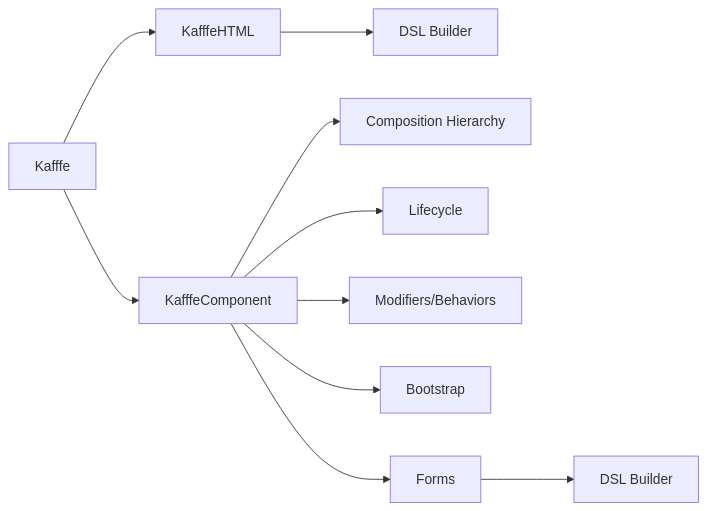
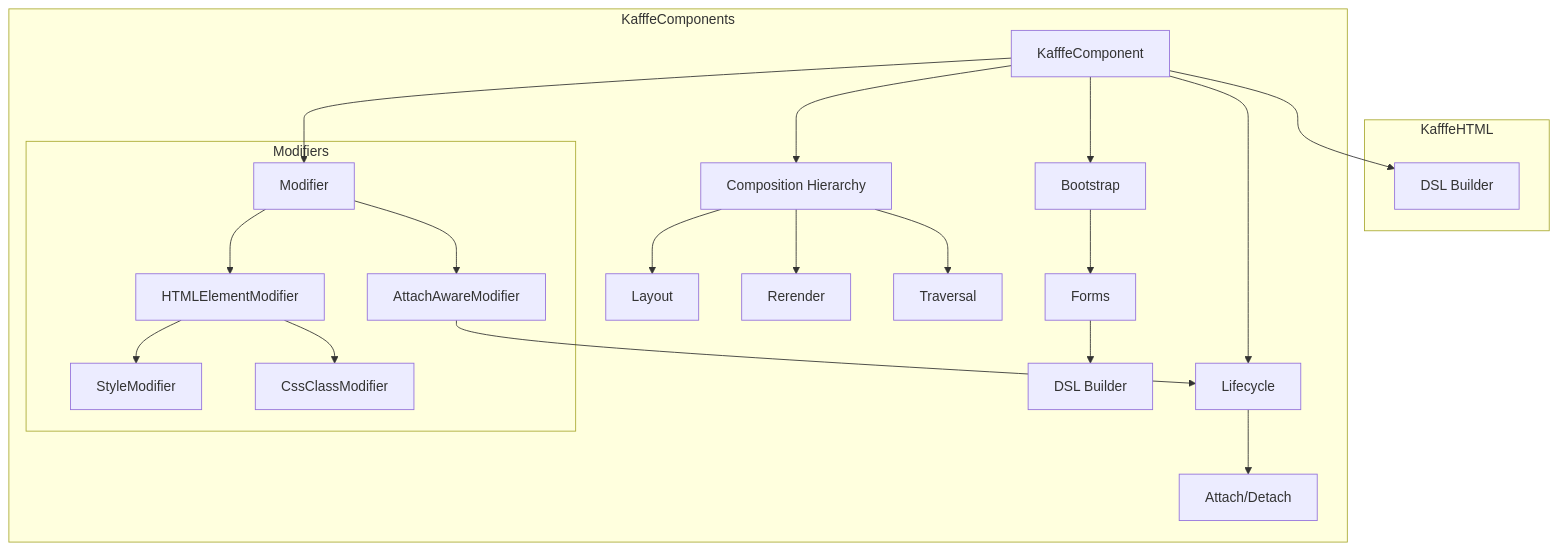
The diagram in README.md (palfred/Kafffe), drawn with Mermaid before and after one commit. The commit also changed other lines of this file and 6 other files, not shown here.

````diff
--- a/README.md
+++ b/README.md
@@ -9,10 +9,31 @@
 ```mermaid
-graph LR;
-    Kafffe --> KafffeComponent
-    Kafffe --> KafffeHTML --> HTML_DSL[DSL Builder]
-    KafffeComponent --> CH[Composition Hierarchy]
-    KafffeComponent --> CL[Lifecycle]
-    KafffeComponent --> CM[Modifiers/Behaviors]
-    KafffeComponent --> Bootstrap
-    KafffeComponent --> Forms --> FormsDSL[DSL Builder]
+graph TD
+    subgraph KafffeHTML 
+        HTML_DSL[DSL Builder]
+    end
+
+    subgraph KafffeComponents
+        Component[KafffeComponent]
+         
+        subgraph Modifiers
+           Modifier --> HTMLElementModifier
+           HTMLElementModifier --> StyleModifier
+           HTMLElementModifier --> CssClassModifier
+           Modifier --> AttachAwareModifier
+        end
+        Component --> Modifier
+        Component --> HTML_DSL
+        Component --> CH[Composition Hierarchy]
+        CH --> Layout
+        CH --> Rerender
+        CH --> Traversal
+
+        Component --> CL[Lifecycle]
+        CL --> Attach/Detach
+        AttachAwareModifier --> CL
+        Component --> Bootstrap
+        Bootstrap --> Forms
+        Forms --> FormsDSL[DSL Builder]
+    end
+    
  ```
````
